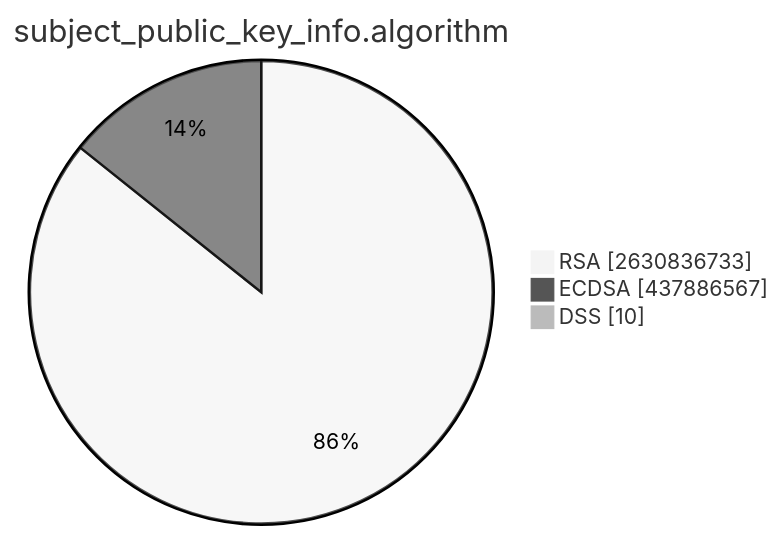
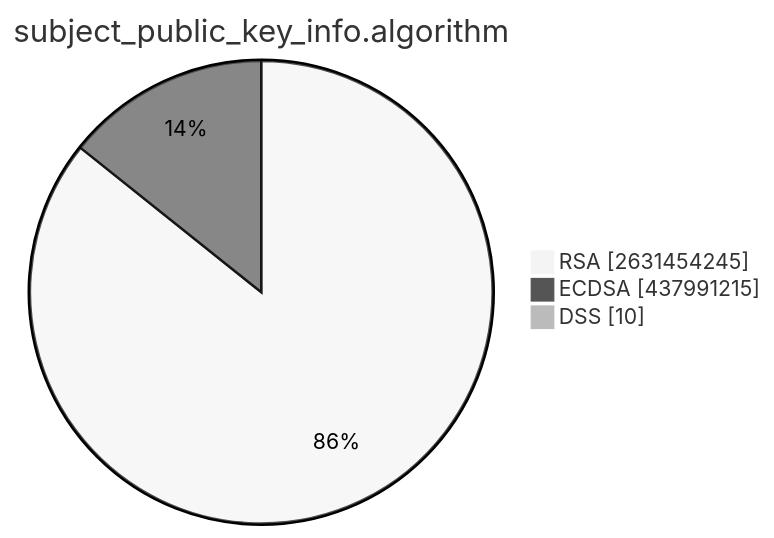
One commit to christiankrug/ctmonitor_visualization changed the second of 15 diagrams in TOTAL/README.md. Above: the diagram before and after it, drawn with Mermaid (neutral theme). The commit also changed other lines of this file, not shown here.

````diff
--- a/TOTAL/README.md
+++ b/TOTAL/README.md
@@ -6,7 +6,7 @@
 ```mermaid
 pie showData
 title subject_public_key_info.algorithm
-"RSA" :2630836733
-"ECDSA" :437886567
+"RSA" :2631454245
+"ECDSA" :437991215
 "DSS" :10
 ```
````
